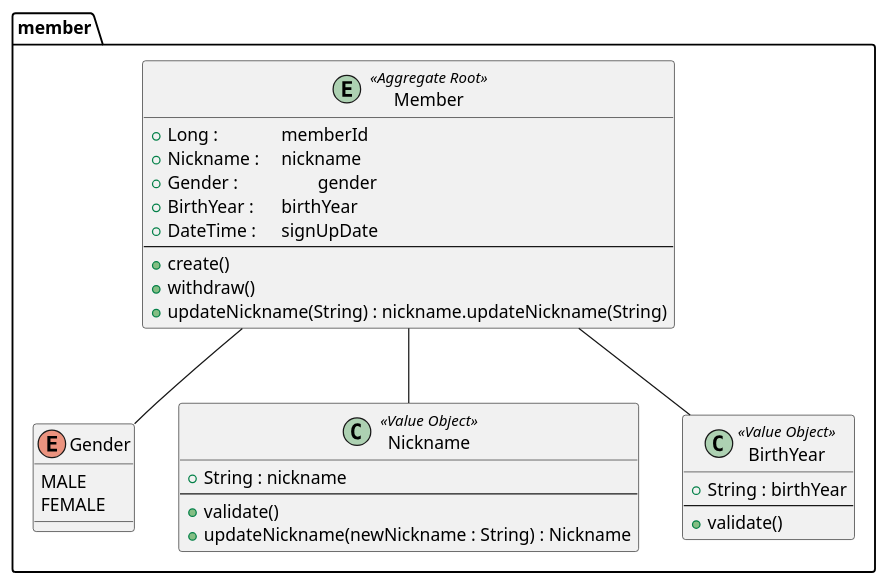
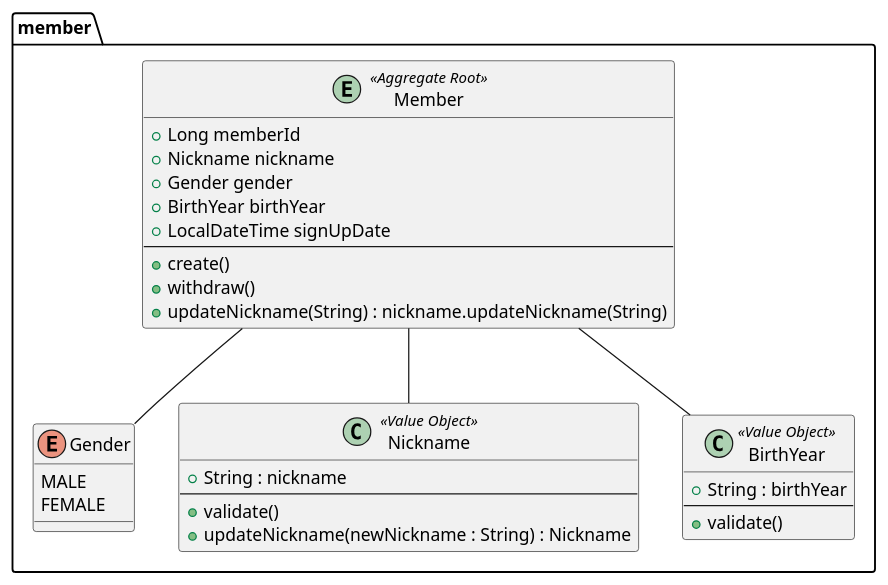
The diagram in document/puml/domain/membercontext/memberAggregate.puml (SimpleBoardTeam/simpleBoard-server), drawn with PlantUML before and after one commit. The commit also changed 5 other files, not shown here.

Commit message:
docs(diagram): memberAggregate 관련 이벤트 다이어그램 추가 및 memberAggregate.puml 수정

```diff
--- a/document/puml/domain/membercontext/memberAggregate.puml
+++ b/document/puml/domain/membercontext/memberAggregate.puml
@@ -1,37 +1,37 @@
 @startuml
 package "member" {
   entity Member <<Aggregate Root>> {
-    +Long : \t\t memberId
-    +Nickname : \t nickname
-    +Gender : \t\t gender
-    +BirthYear : \t birthYear
-    +DateTime : \t signUpDate
+    +Long memberId
+    +Nickname nickname
+    +Gender gender
+    +BirthYear birthYear
+    +LocalDateTime signUpDate
     --
     +create()
     +withdraw()
     +updateNickname(String) : nickname.updateNickname(String)
 }
 
 enum Gender {
     MALE
     FEMALE
 }
 
 class Nickname <<Value Object>> {
     +String : nickname
     --
     +validate()
     +updateNickname(newNickname : String) : Nickname
 }
 
 class BirthYear <<Value Object>> {
     +String : birthYear
     --
     +validate()
 }
 
 Member -- Gender
 Member -- Nickname
 Member -- BirthYear
 }
 @enduml
```
